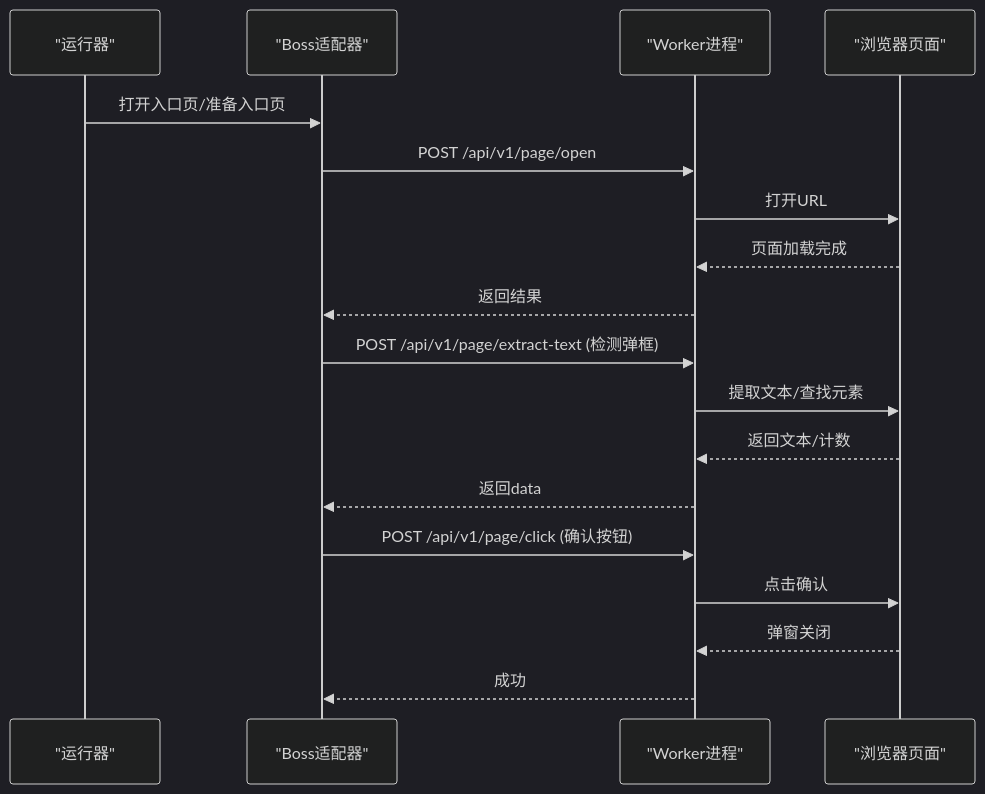
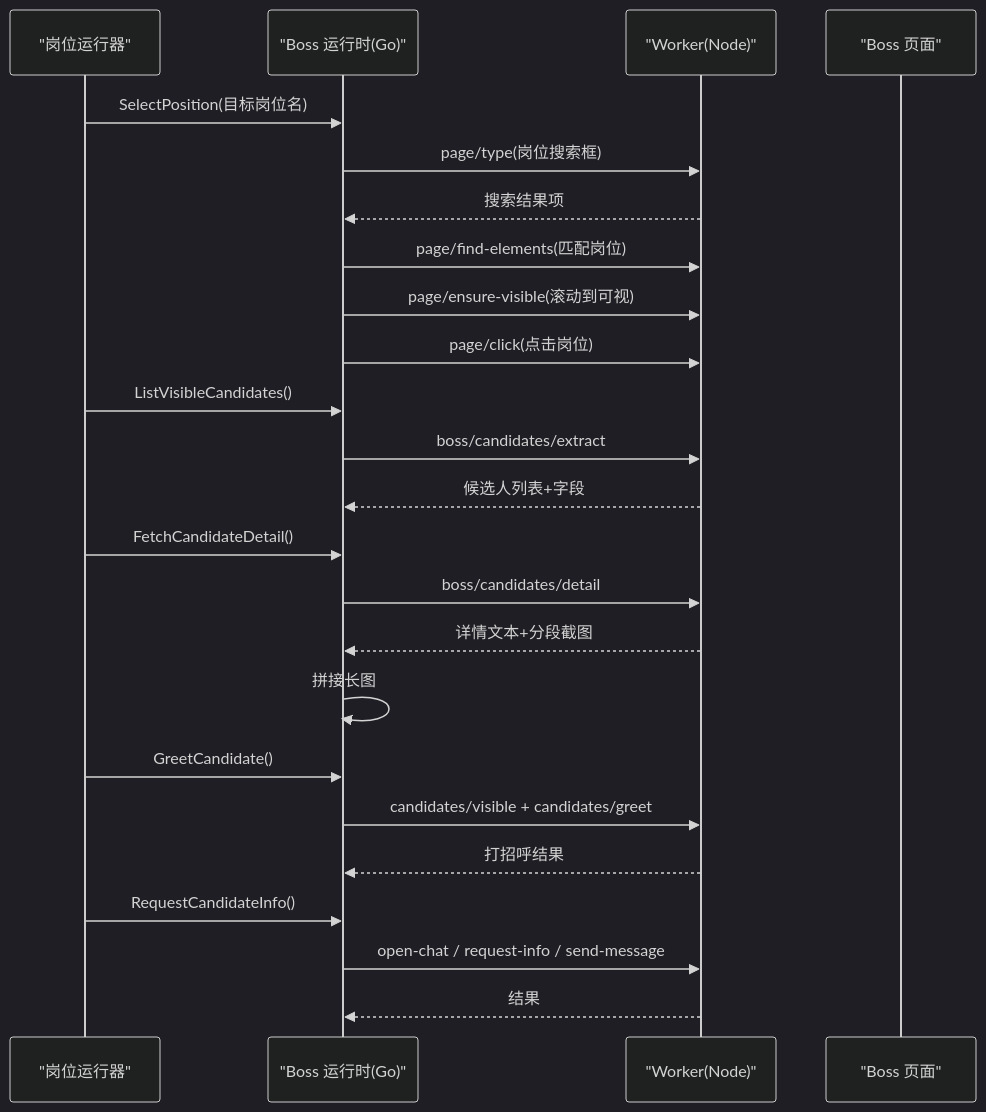
One commit to alvinwangzi/goodhr changed the second of 6 diagrams in .qoder/repowiki/zh/content/系统架构/本地Agent架构/平台适配器系统/Boss直聘适配器.md. Above: the diagram before and after it, drawn with Mermaid (dark theme). The commit also changed other lines of this file and 149 other files, not shown here.

````diff
--- a/.qoder/repowiki/zh/content/系统架构/本地Agent架构/平台适配器系统/Boss直聘适配器.md
+++ b/.qoder/repowiki/zh/content/系统架构/本地Agent架构/平台适配器系统/Boss直聘适配器.md
@@ -100,20 +92,26 @@
 ```mermaid
 sequenceDiagram
-participant Runner as "运行器"
-participant Boss as "Boss适配器"
-participant Worker as "Worker进程"
-participant Page as "浏览器页面"
-Runner->>Boss : 打开入口页/准备入口页
-Boss->>Worker : POST /api/v1/page/open
-Worker->>Page : 打开URL
-Page-->>Worker : 页面加载完成
-Worker-->>Boss : 返回结果
-Boss->>Worker : POST /api/v1/page/extract-text (检测弹框)
-Worker->>Page : 提取文本/查找元素
-Page-->>Worker : 返回文本/计数
-Worker-->>Boss : 返回data
-Boss->>Worker : POST /api/v1/page/click (确认按钮)
-Worker->>Page : 点击确认
-Page-->>Worker : 弹窗关闭
-Worker-->>Boss : 成功
+participant R as "岗位运行器"
+participant B as "Boss 运行时(Go)"
+participant W as "Worker(Node)"
+participant P as "Boss 页面"
+R->>B : SelectPosition(目标岗位名)
+B->>W : page/type(岗位搜索框)
+W-->>B : 搜索结果项
+B->>W : page/find-elements(匹配岗位)
+B->>W : page/ensure-visible(滚动到可视)
+B->>W : page/click(点击岗位)
+R->>B : ListVisibleCandidates()
+B->>W : boss/candidates/extract
+W-->>B : 候选人列表+字段
+R->>B : FetchCandidateDetail()
+B->>W : boss/candidates/detail
+W-->>B : 详情文本+分段截图
+B->>B : 拼接长图
+R->>B : GreetCandidate()
+B->>W : candidates/visible + candidates/greet
+W-->>B : 打招呼结果
+R->>B : RequestCandidateInfo()
+B->>W : open-chat / request-info / send-message
+W-->>B : 结果
 ```
````
